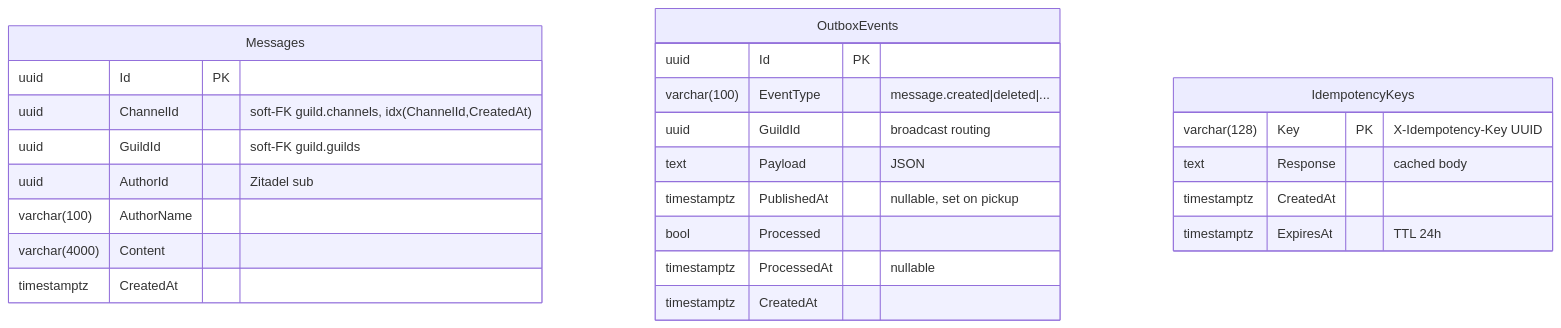
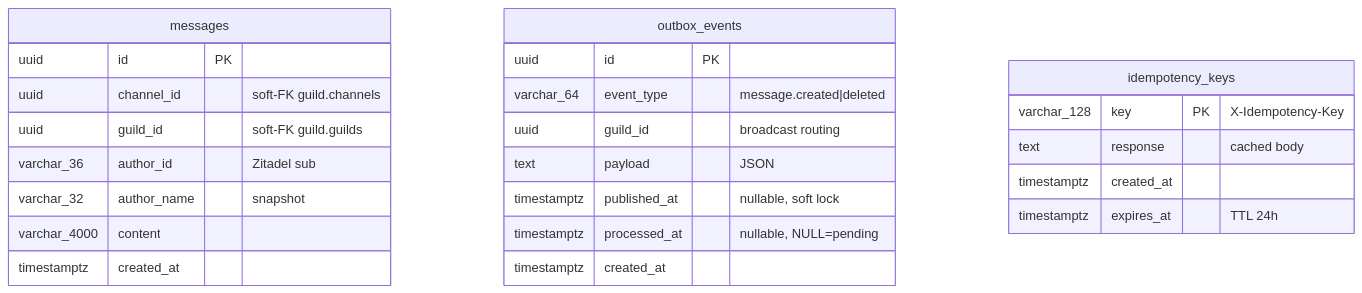
Before and after one commit to nextalkhub/NexTalk: the second of 3 diagrams in docs/schema.md, drawn with Mermaid. The commit also changed other lines of this file and 154 other files, not shown here.

````diff
--- a/docs/schema.md
+++ b/docs/schema.md
@@ -216,30 +199,29 @@
 ```mermaid
 erDiagram
-    Messages {
-        uuid Id PK
-        uuid ChannelId "soft-FK guild.channels, idx(ChannelId,CreatedAt)"
-        uuid GuildId "soft-FK guild.guilds"
-        uuid AuthorId "Zitadel sub"
-        varchar(100) AuthorName
-        varchar(4000) Content
-        timestamptz CreatedAt
+    messages {
+        uuid        id           PK
+        uuid        channel_id   "soft-FK guild.channels"
+        uuid        guild_id     "soft-FK guild.guilds"
+        varchar_36  author_id    "Zitadel sub"
+        varchar_32  author_name  "snapshot"
+        varchar_4000 content
+        timestamptz created_at
     }
 
-    OutboxEvents {
-        uuid Id PK
-        varchar(100) EventType "message.created|deleted|..."
-        uuid GuildId "broadcast routing"
-        text Payload "JSON"
-        timestamptz PublishedAt "nullable, set on pickup"
-        bool Processed
-        timestamptz ProcessedAt "nullable"
-        timestamptz CreatedAt
+    outbox_events {
+        uuid        id           PK
+        varchar_64  event_type   "message.created|deleted"
+        uuid        guild_id     "broadcast routing"
+        text        payload      "JSON"
+        timestamptz published_at "nullable, soft lock"
+        timestamptz processed_at "nullable, NULL=pending"
+        timestamptz created_at
     }
 
-    IdempotencyKeys {
-        varchar(128) Key PK "X-Idempotency-Key UUID"
-        text Response "cached body"
-        timestamptz CreatedAt
-        timestamptz ExpiresAt "TTL 24h"
+    idempotency_keys {
+        varchar_128 key          PK "X-Idempotency-Key"
+        text        response     "cached body"
+        timestamptz created_at
+        timestamptz expires_at   "TTL 24h"
     }
 ```
````
